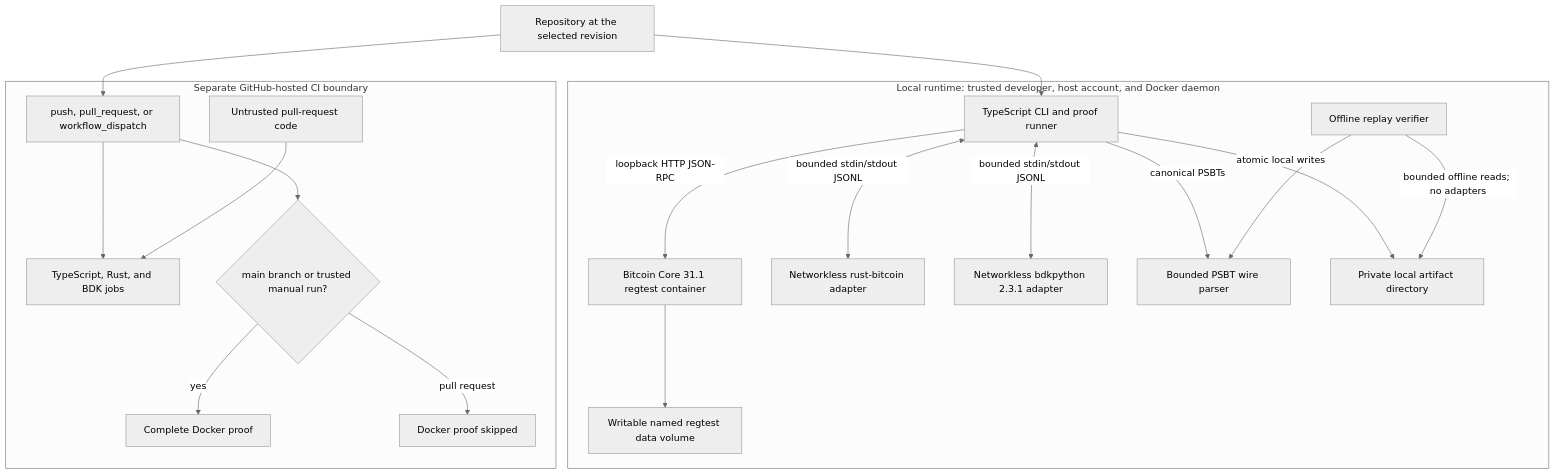
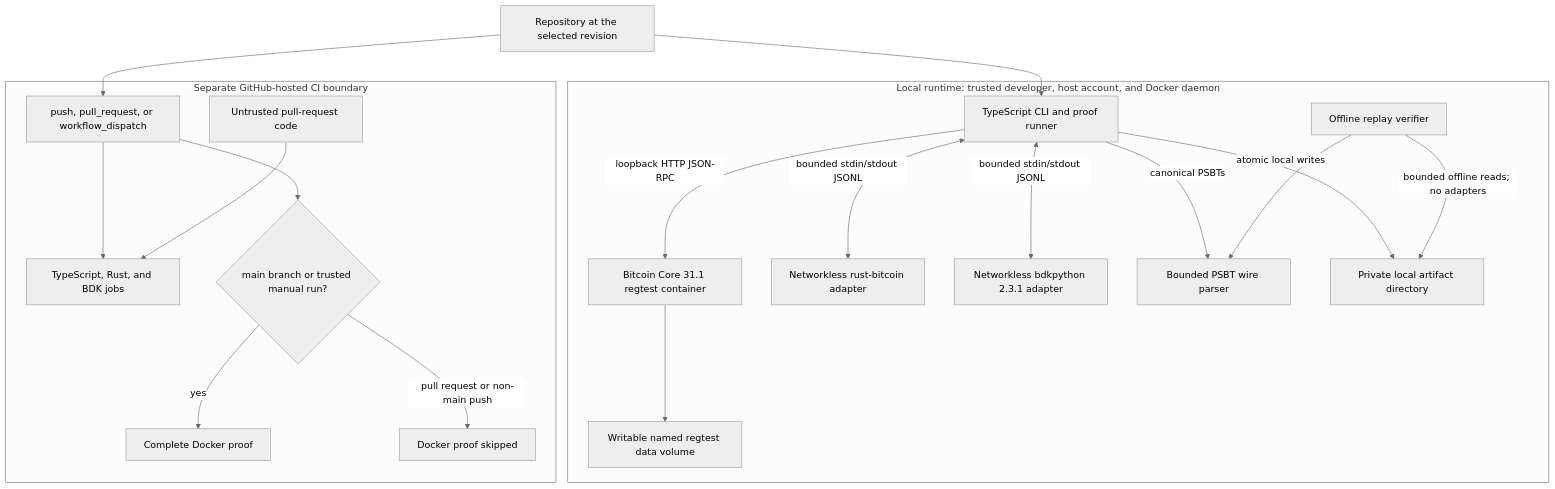
One commit to GautamBytes/psbt-interop-lab changed the diagram in psbt-interop-lab-threat-model.md. Above: the diagram before and after it, drawn with Mermaid (neutral theme). The commit also changed other lines of this file and 4 other files, not shown here.

````diff
--- a/psbt-interop-lab-threat-model.md
+++ b/psbt-interop-lab-threat-model.md
@@ -47,42 +52,42 @@
 ```mermaid
 flowchart TB
   Source["Repository at the selected revision"]
 
   subgraph Local["Local runtime: trusted developer, host account, and Docker daemon"]
     CLI["TypeScript CLI and proof runner"]
     Core["Bitcoin Core 31.1 regtest container"]
     CoreData["Writable named regtest data volume"]
     Rust["Networkless rust-bitcoin adapter"]
     BDK["Networkless bdkpython 2.3.1 adapter"]
     Wire["Bounded PSBT wire parser"]
     Store["Private local artifact directory"]
     Replay["Offline replay verifier"]
 
     CLI -->|"loopback HTTP JSON-RPC"| Core
     Core --> CoreData
     CLI <-->|"bounded stdin/stdout JSONL"| Rust
     CLI <-->|"bounded stdin/stdout JSONL"| BDK
     CLI -->|"canonical PSBTs"| Wire
     CLI -->|"atomic local writes"| Store
     Replay -->|"bounded offline reads; no adapters"| Store
     Replay --> Wire
   end
 
   subgraph CI["Separate GitHub-hosted CI boundary"]
     Event["push, pull_request, or workflow_dispatch"]
     PR["Untrusted pull-request code"]
     Checks["TypeScript, Rust, and BDK jobs"]
     Gate{"main branch or trusted manual run?"}
     DockerProof["Complete Docker proof"]
     Skip["Docker proof skipped"]
 
     Event --> Checks
     PR --> Checks
     Event --> Gate
     Gate -->|"yes"| DockerProof
-    Gate -->|"pull request"| Skip
+    Gate -->|"pull request or non-main push"| Skip
   end
 
   Source --> CLI
   Source --> Event
 ```
````
